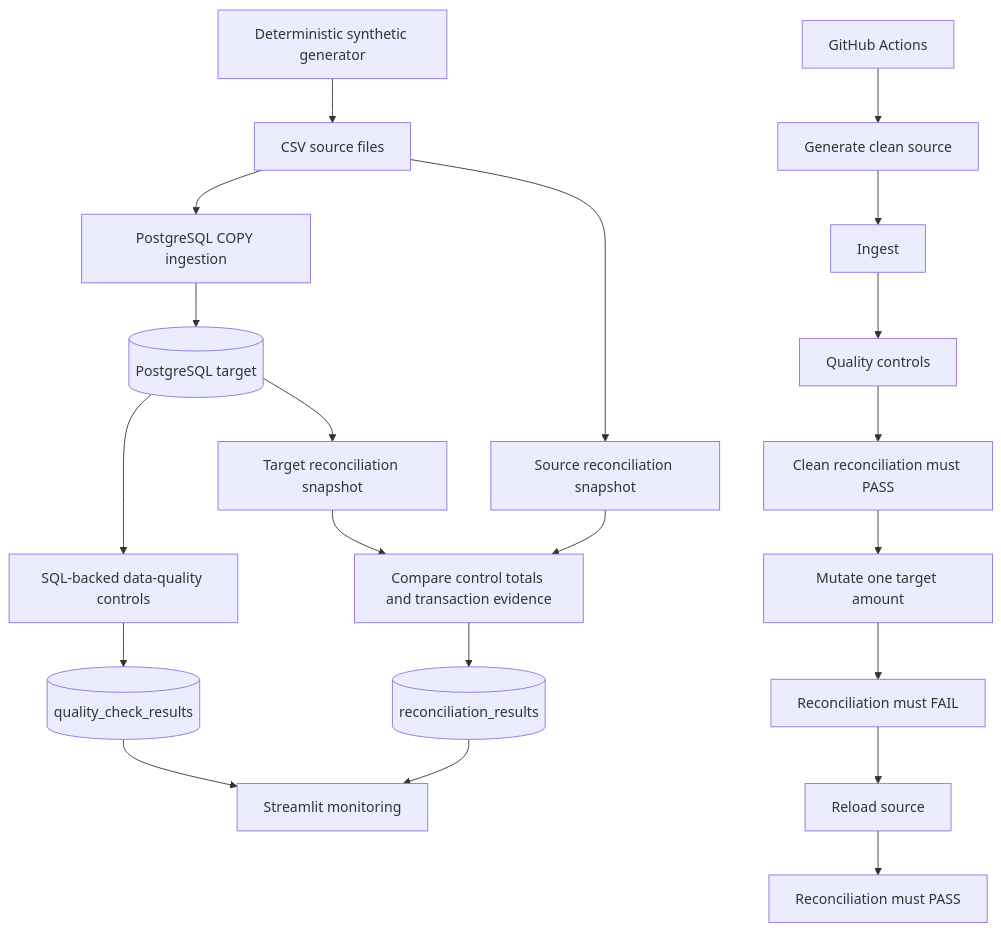
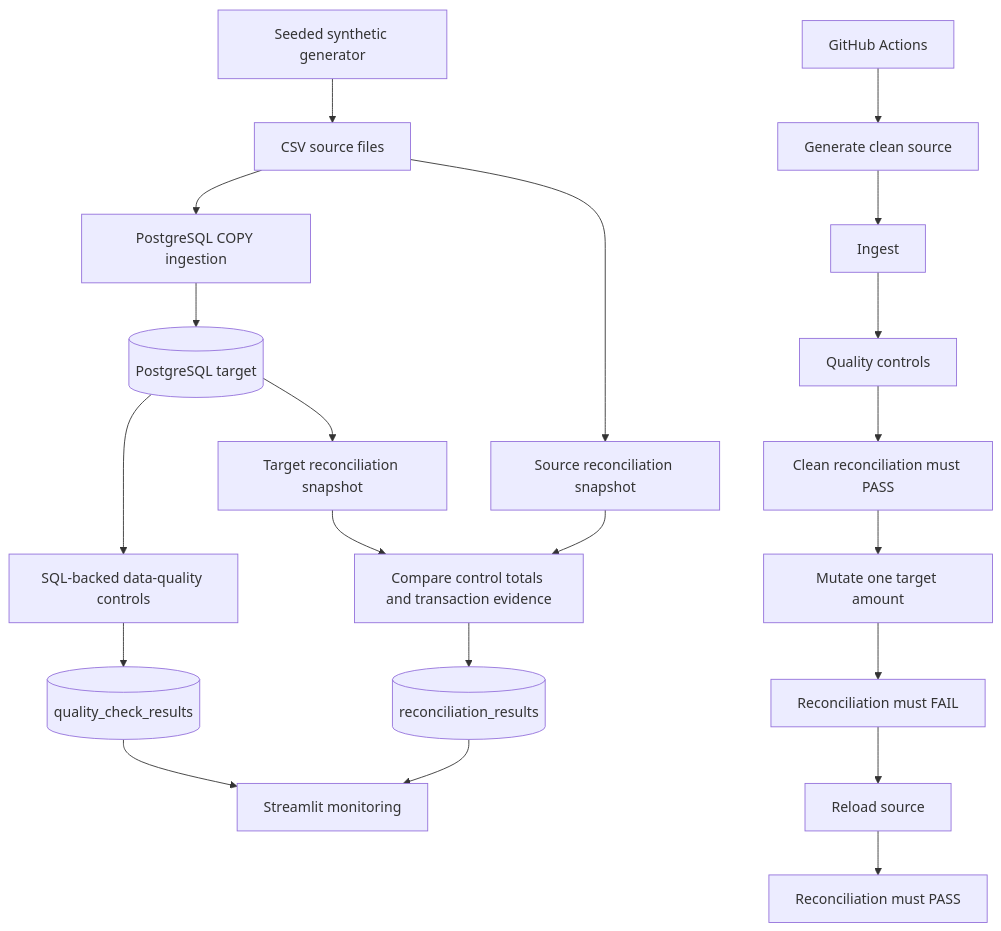
Before and after one commit to Jericho107/banking-dataops-monitoring: the diagram in docs/architecture.md, drawn with Mermaid.

Commit message:
docs: qualify source generation precisely

````diff
--- a/docs/architecture.md
+++ b/docs/architecture.md
@@ -13,29 +13,29 @@
 ```mermaid
 flowchart TD
-    A[Deterministic synthetic generator] --> B[CSV source files]
+    A[Seeded synthetic generator] --> B[CSV source files]
     B --> C[PostgreSQL COPY ingestion]
     C --> D[(PostgreSQL target)]
 
     D --> E[SQL-backed data-quality controls]
     E --> F[(quality_check_results)]
 
     B --> G[Source reconciliation snapshot]
     D --> H[Target reconciliation snapshot]
 
     G --> I[Compare control totals and transaction evidence]
     H --> I
 
     I --> J[(reconciliation_results)]
 
     F --> K[Streamlit monitoring]
     J --> K
 
     L[GitHub Actions] --> M[Generate clean source]
     M --> N[Ingest]
     N --> O[Quality controls]
     O --> P[Clean reconciliation must PASS]
     P --> Q[Mutate one target amount]
     Q --> R[Reconciliation must FAIL]
     R --> S[Reload source]
     S --> T[Reconciliation must PASS]
 ```
````
